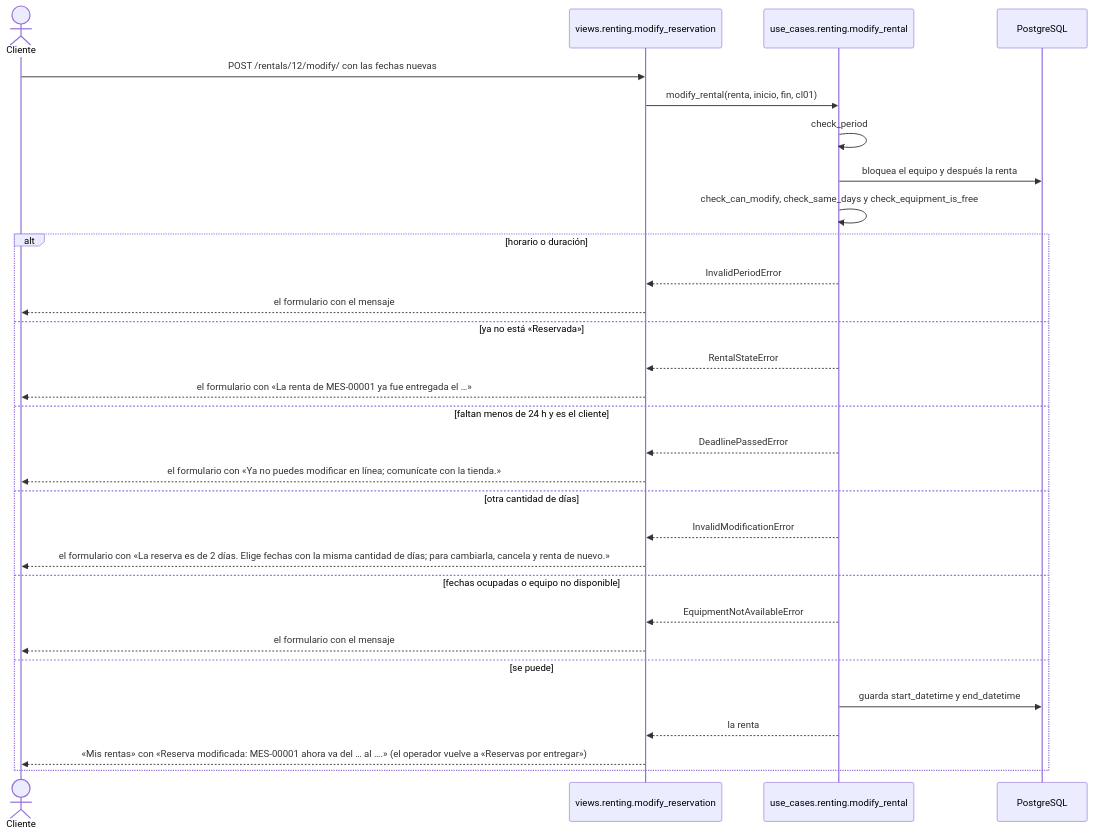
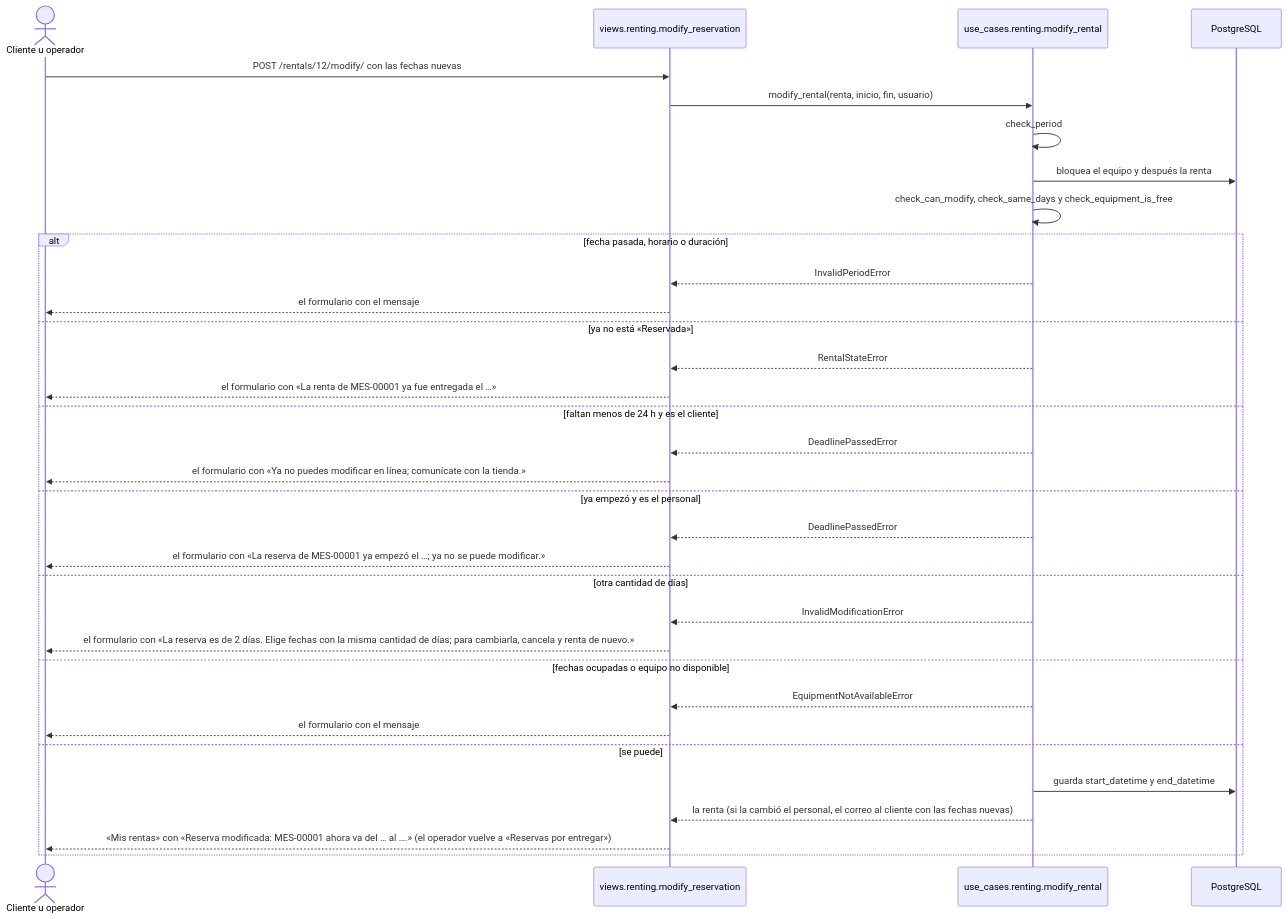
One commit to peterteranb/astra-rent-system changed the seventh of 20 diagrams in docs/casos-de-uso.md. Above: the diagram before and after it, drawn with Mermaid. The commit also changed other lines of this file and 6 other files, not shown here.

````diff
--- a/docs/casos-de-uso.md
+++ b/docs/casos-de-uso.md
@@ -371,32 +374,35 @@
 ```mermaid
 sequenceDiagram
-    actor C as Cliente
+    actor C as Cliente u operador
     participant V as views.renting.modify_reservation
     participant U as use_cases.renting.modify_rental
     participant BD as PostgreSQL
     C->>V: POST /rentals/12/modify/ con las fechas nuevas
-    V->>U: modify_rental(renta, inicio, fin, cl01)
+    V->>U: modify_rental(renta, inicio, fin, usuario)
     U->>U: check_period
     U->>BD: bloquea el equipo y después la renta
     U->>U: check_can_modify, check_same_days y check_equipment_is_free
-    alt horario o duración
+    alt fecha pasada, horario o duración
         U-->>V: InvalidPeriodError
         V-->>C: el formulario con el mensaje
     else ya no está «Reservada»
         U-->>V: RentalStateError
         V-->>C: el formulario con «La renta de MES-00001 ya fue entregada el …»
     else faltan menos de 24 h y es el cliente
         U-->>V: DeadlinePassedError
         V-->>C: el formulario con «Ya no puedes modificar en línea#59; comunícate con la tienda.»
+    else ya empezó y es el personal
+        U-->>V: DeadlinePassedError
+        V-->>C: el formulario con «La reserva de MES-00001 ya empezó el …#59; ya no se puede modificar.»
     else otra cantidad de días
         U-->>V: InvalidModificationError
         V-->>C: el formulario con «La reserva es de 2 días. Elige fechas con la misma cantidad de días#59; para cambiarla, cancela y renta de nuevo.»
     else fechas ocupadas o equipo no disponible
         U-->>V: EquipmentNotAvailableError
         V-->>C: el formulario con el mensaje
     else se puede
         U->>BD: guarda start_datetime y end_datetime
-        U-->>V: la renta
+        U-->>V: la renta (si la cambió el personal, el correo al cliente con las fechas nuevas)
         V-->>C: «Mis rentas» con «Reserva modificada: MES-00001 ahora va del … al ….» (el operador vuelve a «Reservas por entregar»)
     end
 ```
````
